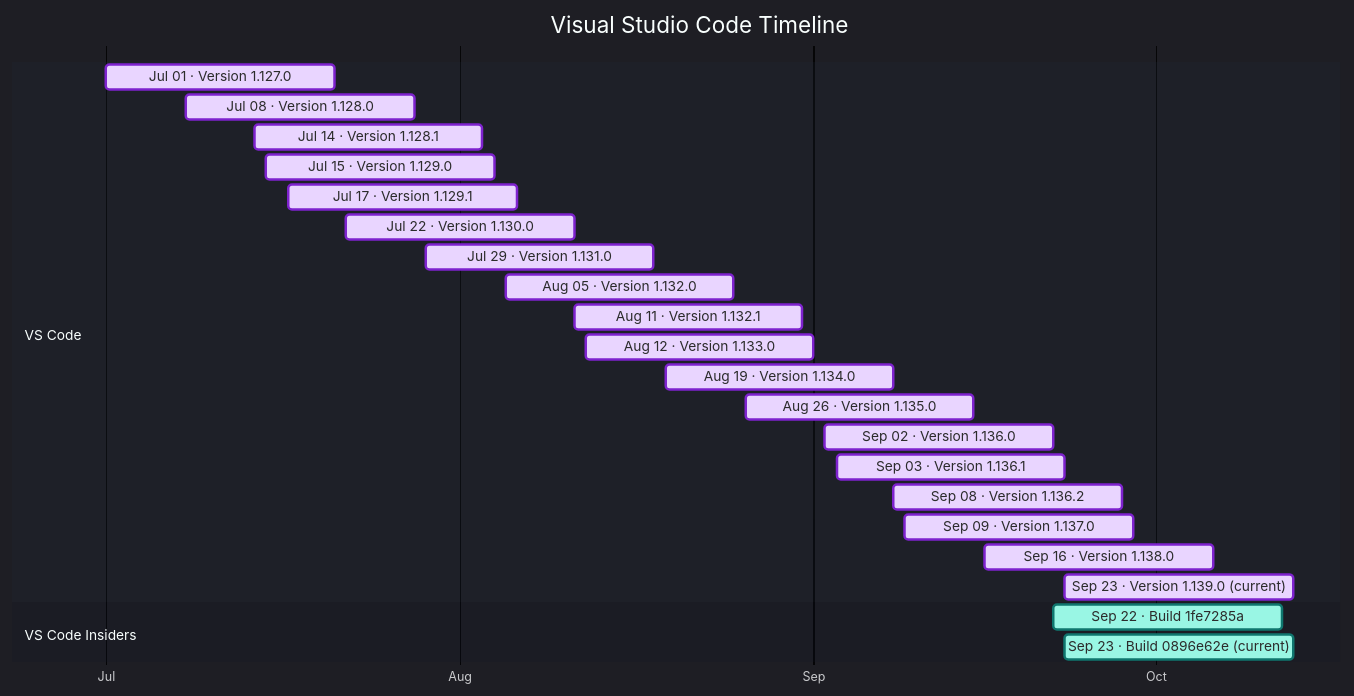
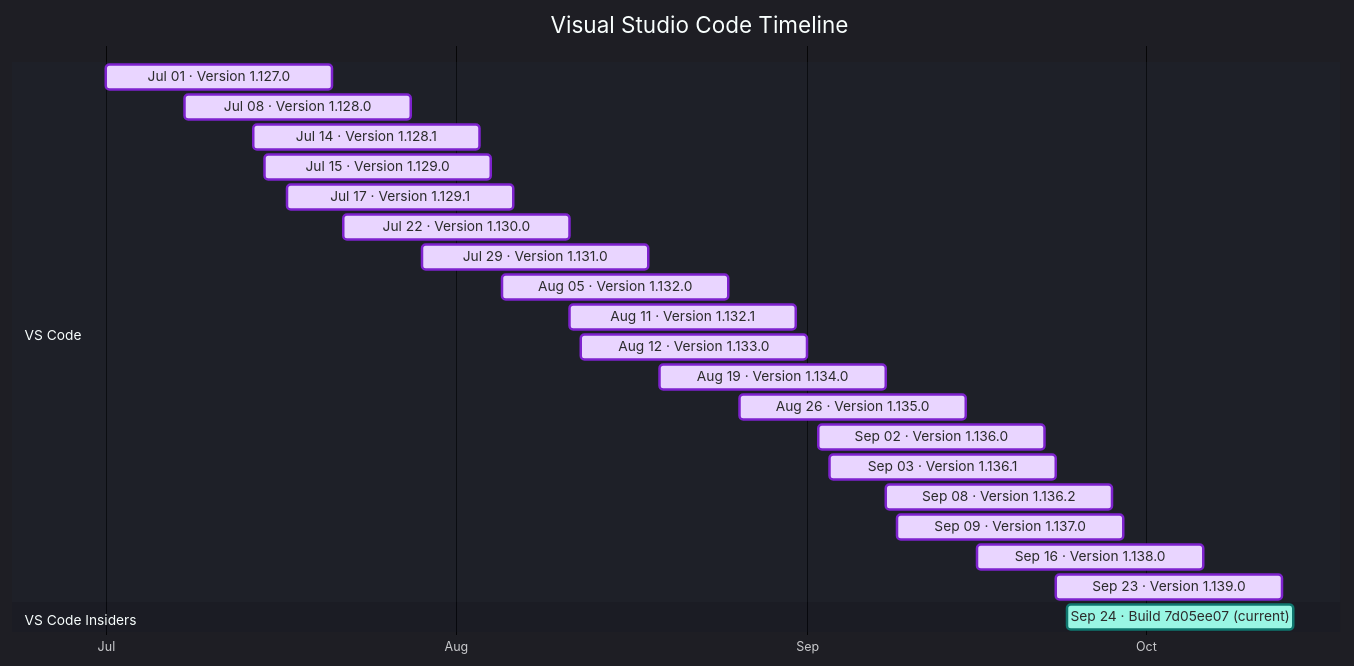
Before and after one commit to Oxelya-DevTools/VisualStudioUpdate: the diagram in docs/vscode.md, drawn with Mermaid. The commit also changed other lines of this file and 1 other file, not shown here.

Commit message:
Update generated release feeds

````diff
--- a/docs/vscode.md
+++ b/docs/vscode.md
@@ -9,30 +9,29 @@
 ```mermaid
 %%{init: {'theme':'dark','themeVariables': { 'fontFamily': 'Segoe UI', 'fontSize': '24px', 'textColor': '#F3F4F6', 'titleTextColor': '#FFFFFF', 'taskTextColor': '#111827', 'taskTextLightColor': '#111827', 'taskTextOutsideColor': '#F3F4F6', 'taskBkgColor': '#BAE6FD', 'taskBorderColor': '#0369A1', 'doneTaskBkgColor': '#E9D5FF', 'doneTaskBorderColor': '#7E22CE', 'activeTaskBkgColor': '#99F6E4', 'activeTaskBorderColor': '#0F766E', 'critTaskBkgColor': '#FED7AA', 'critTaskBorderColor': '#C2410C', 'sectionBkgColor': '#1F2937', 'altSectionBkgColor': '#111827', 'gridColor': '#4B5563', 'todayLineColor': '#F87171' }}}%%
 gantt
     title Visual Studio Code Timeline
     dateFormat  YYYY-MM-DD
     axisFormat  %b
     tickInterval 1month
     section VS Code
     Jul 01 · Version 1.127.0 : done, vscode202607010, 2026-07-01, 20d
     Jul 08 · Version 1.128.0 : done, vscode202607081, 2026-07-08, 20d
     Jul 14 · Version 1.128.1 : done, vscode202607142, 2026-07-14, 20d
     Jul 15 · Version 1.129.0 : done, vscode202607153, 2026-07-15, 20d
     Jul 17 · Version 1.129.1 : done, vscode202607174, 2026-07-17, 20d
     Jul 22 · Version 1.130.0 : done, vscode202607225, 2026-07-22, 20d
     Jul 29 · Version 1.131.0 : done, vscode202607296, 2026-07-29, 20d
     Aug 05 · Version 1.132.0 : done, vscode202608057, 2026-08-05, 20d
     Aug 11 · Version 1.132.1 : done, vscode202608118, 2026-08-11, 20d
     Aug 12 · Version 1.133.0 : done, vscode202608129, 2026-08-12, 20d
     Aug 19 · Version 1.134.0 : done, vscode2026081910, 2026-08-19, 20d
     Aug 26 · Version 1.135.0 : done, vscode2026082611, 2026-08-26, 20d
     Sep 02 · Version 1.136.0 : done, vscode2026090212, 2026-09-02, 20d
     Sep 03 · Version 1.136.1 : done, vscode2026090313, 2026-09-03, 20d
     Sep 08 · Version 1.136.2 : done, vscode2026090814, 2026-09-08, 20d
     Sep 09 · Version 1.137.0 : done, vscode2026090915, 2026-09-09, 20d
     Sep 16 · Version 1.138.0 : done, vscode2026091616, 2026-09-16, 20d
-    Sep 23 · Version 1.139.0 (current) : done, vscode2026092317, 2026-09-23, 20d
+    Sep 23 · Version 1.139.0 : done, vscode2026092317, 2026-09-23, 20d
     section VS Code Insiders
-    Sep 22 · Build 1fe7285a : active, vscodeinsiders202609220, 2026-09-22, 20d
-    Sep 23 · Build 0896e62e (current) : active, vscodeinsiders202609231, 2026-09-23, 20d
+    Sep 24 · Build 7d05ee07 (current) : active, vscodeinsiders202609240, 2026-09-24, 20d
 ```
````
